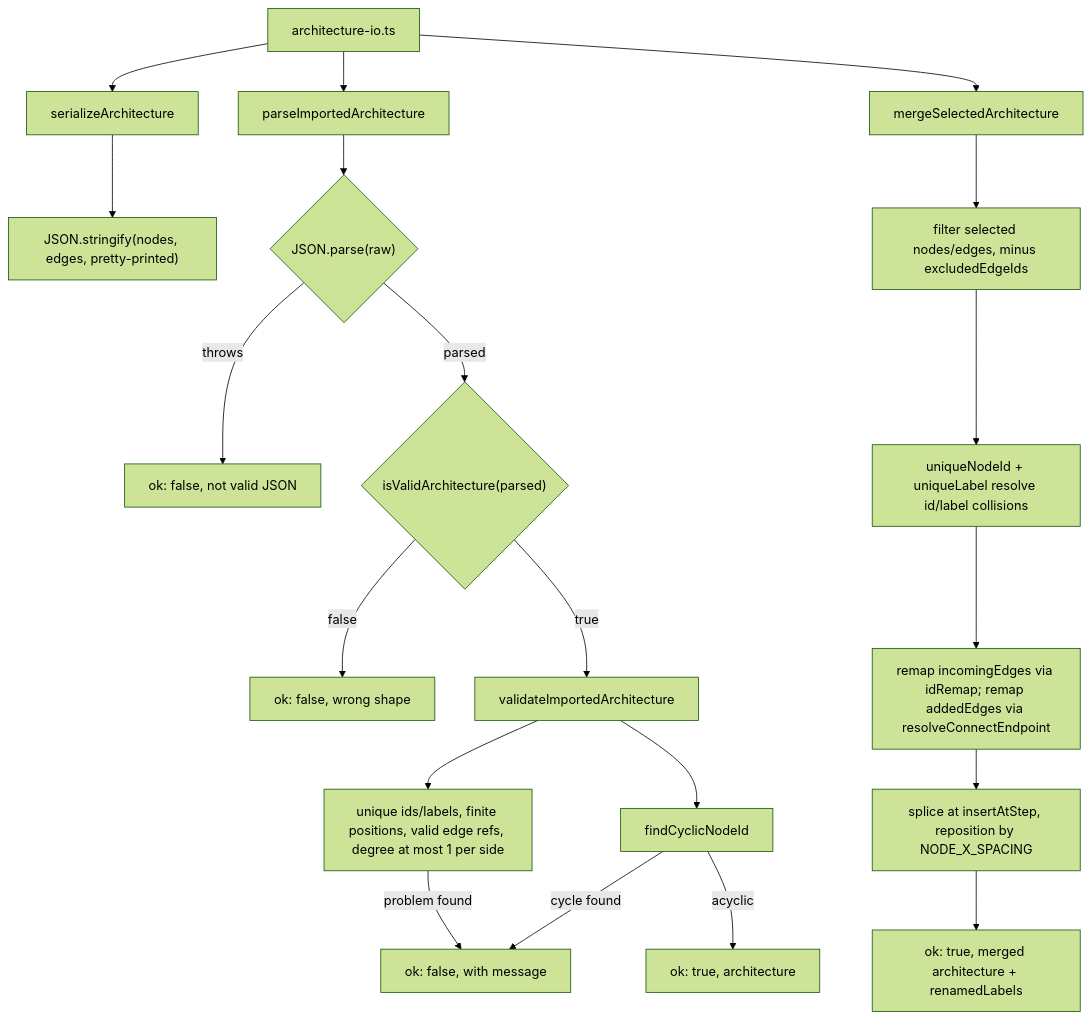
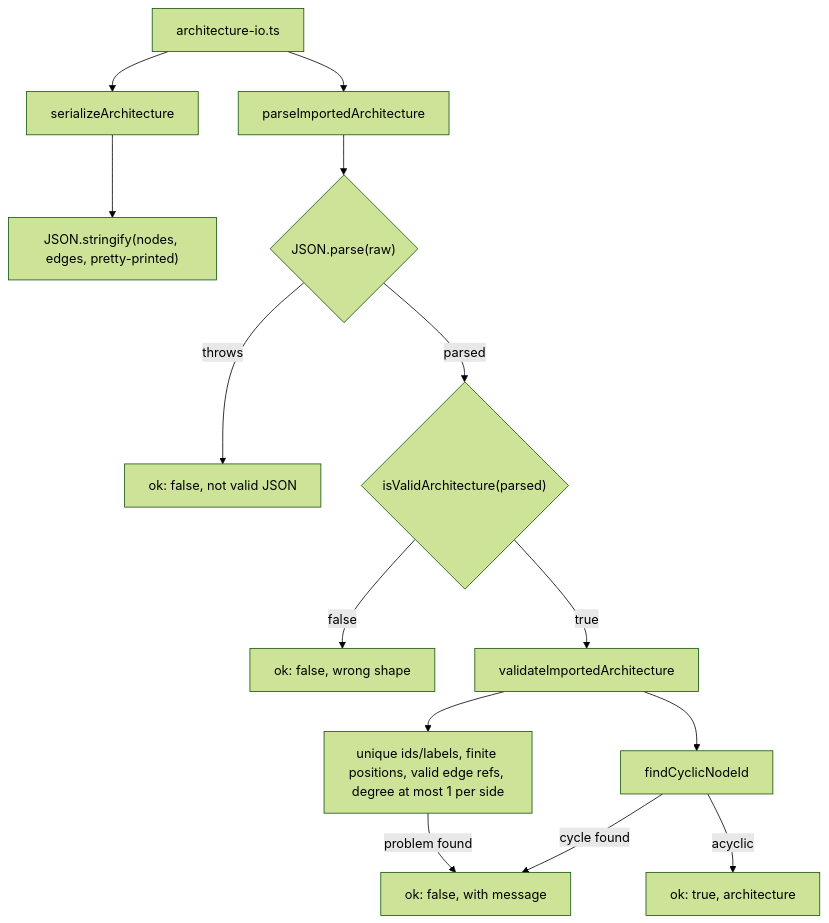
One commit to jgyy/architect-model changed the first of 2 diagrams in docs/categories/import-export-merge.md. Above: the diagram before and after it, drawn with Mermaid (forest theme). The commit also changed other lines of this file and 31 other files, not shown here.

Commit message:
docs: split mermaids into 2 for easier viewing (#52)

````diff
--- a/docs/categories/import-export-merge.md
+++ b/docs/categories/import-export-merge.md
@@ -7,25 +9,18 @@
 ```mermaid
 flowchart TD
     A["architecture-io.ts"] --> B["serializeArchitecture"]
     A --> C["parseImportedArchitecture"]
-    A --> D["mergeSelectedArchitecture"]
 
     B --> B1["JSON.stringify(nodes, edges, pretty-printed)"]
 
     C --> C1{"JSON.parse(raw)"}
     C1 -- throws --> Cerr1["ok: false, not valid JSON"]
     C1 -- parsed --> C2{"isValidArchitecture(parsed)"}
     C2 -- false --> Cerr2["ok: false, wrong shape"]
     C2 -- true --> C3["validateImportedArchitecture"]
     C3 --> C3struct["unique ids/labels, finite positions, valid edge refs, degree at most 1 per side"]
     C3 --> C3cyc["findCyclicNodeId"]
     C3struct -- problem found --> Cerr3["ok: false, with message"]
     C3cyc -- cycle found --> Cerr3
     C3cyc -- acyclic --> Cok["ok: true, architecture"]
-
-    D --> D1["filter selected nodes/edges, minus excludedEdgeIds"]
-    D1 --> D2["uniqueNodeId + uniqueLabel resolve id/label collisions"]
-    D2 --> D3["remap incomingEdges via idRemap; remap addedEdges via resolveConnectEndpoint"]
-    D3 --> D4["splice at insertAtStep, reposition by NODE_X_SPACING"]
-    D4 --> Dok["ok: true, merged architecture + renamedLabels"]
 ```
````
